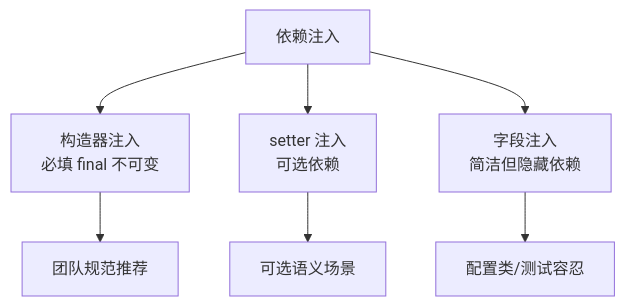
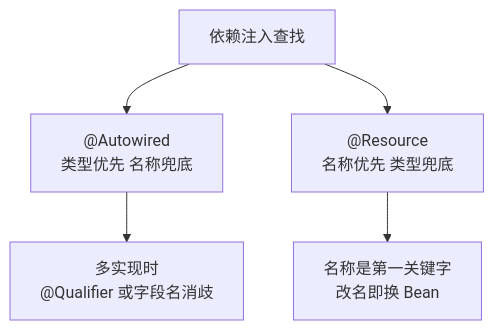
The second of 2 diagrams in docs/backend/java/ecosystem/spring-boot/入门层/从零开始认识SpringBoot系列/4_依赖注入详解-入门.md (xiaobo1997/programmer-knowledge-graph), drawn with Mermaid before and after one commit. The commit also changed other lines of this file and 126 other files, not shown here.

````diff
--- a/docs/backend/java/ecosystem/spring-boot/入门层/从零开始认识SpringBoot系列/4_依赖注入详解-入门.md
+++ b/docs/backend/java/ecosystem/spring-boot/入门层/从零开始认识SpringBoot系列/4_依赖注入详解-入门.md
@@ -68,10 +83,7 @@
 ```mermaid
 flowchart TB
-    INJ["依赖注入"] --> CON["构造器注入<br/>必填 final 不可变"]
-    INJ --> SET["setter 注入<br/>可选依赖"]
-    INJ --> FLD["字段注入<br/>简洁但隐藏依赖"]
-    CON --> REC["团队规范推荐"]
-    SET --> OPT["可选语义场景"]
-    FLD --> TOL["配置类/测试容忍"]
-
+    INJ["依赖注入查找"] --> AUT["@Autowired<br/>类型优先 名称兜底"]
+    INJ --> RES["@Resource<br/>名称优先 类型兜底"]
+    AUT --> Q["多实现时<br/>@Qualifier 或字段名消歧"]
+    RES --> N["名称是第一关键字<br/>改名即换 Bean"]
 ```
````
